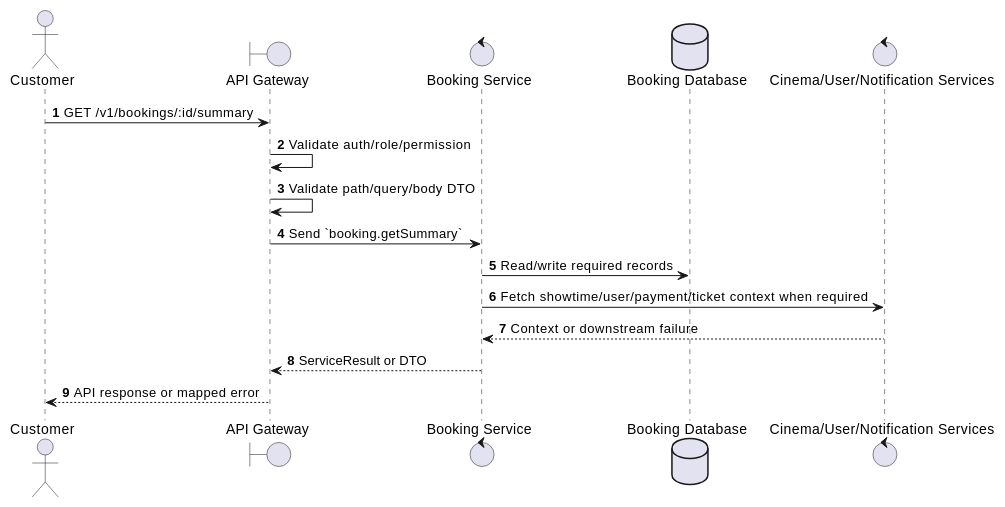
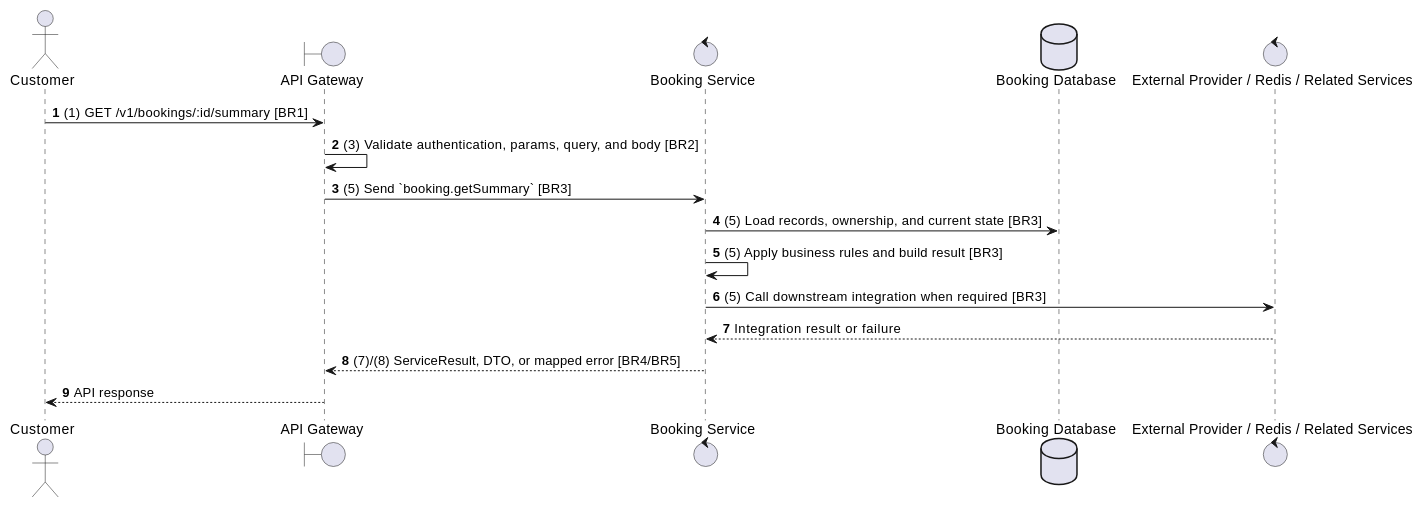
One commit to Tanh1603/movie-hub-architecture changed the second of 2 diagrams in docs/functional_specs/3.5.1_User_Booking_Operations/BK-04_Get_Booking_Summary.md. Above: the diagram before and after it, drawn with PlantUML. The commit also changed other lines of this file and 129 other files, not shown here.

````diff
--- a/docs/functional_specs/3.5.1_User_Booking_Operations/BK-04_Get_Booking_Summary.md
+++ b/docs/functional_specs/3.5.1_User_Booking_Operations/BK-04_Get_Booking_Summary.md
@@ -17,20 +64,20 @@
 ```plantuml
 @startuml
 autonumber
 actor "Customer" as Actor
 boundary "API Gateway" as GW
 control "Booking Service" as SVC
 database "Booking Database" as DB
-control "Cinema/User/Notification Services" as EXT
+control "External Provider / Redis / Related Services" as EXT
 
-Actor -> GW: GET /v1/bookings/:id/summary
-GW -> GW: Validate auth/role/permission
-GW -> GW: Validate path/query/body DTO
-GW -> SVC: Send `booking.getSummary`
-SVC -> DB: Read/write required records
-SVC -> EXT: Fetch showtime/user/payment/ticket context when required
-EXT --> SVC: Context or downstream failure
-SVC --> GW: ServiceResult or DTO
-GW --> Actor: API response or mapped error
+Actor -> GW: (1) GET /v1/bookings/:id/summary [BR1]
+GW -> GW: (3) Validate authentication, params, query, and body [BR2]
+GW -> SVC: (5) Send `booking.getSummary` [BR3]
+SVC -> DB: (5) Load records, ownership, and current state [BR3]
+SVC -> SVC: (5) Apply business rules and build result [BR3]
+SVC -> EXT: (5) Call downstream integration when required [BR3]
+EXT --> SVC: Integration result or failure
+SVC --> GW: (7)/(8) ServiceResult, DTO, or mapped error [BR4/BR5]
+GW --> Actor: API response
 @enduml
 ```
````
